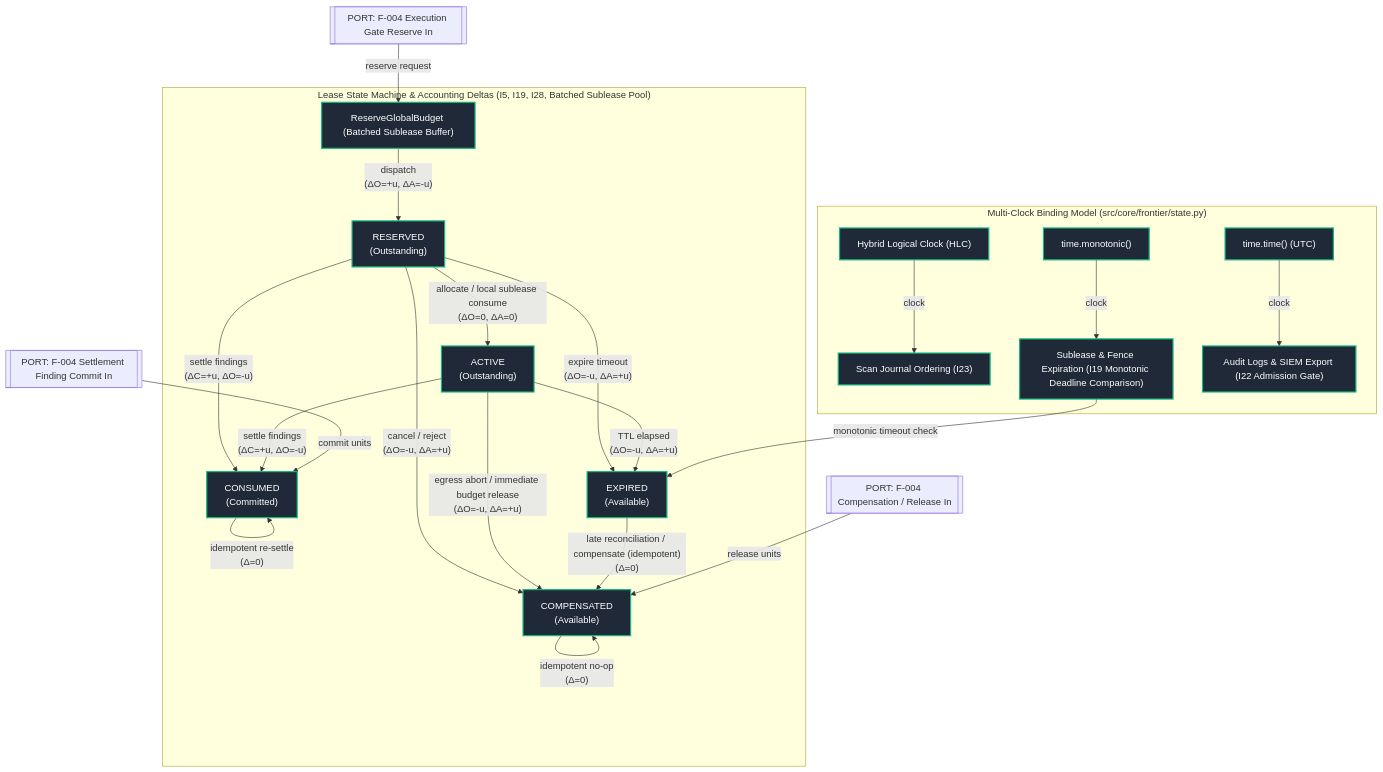
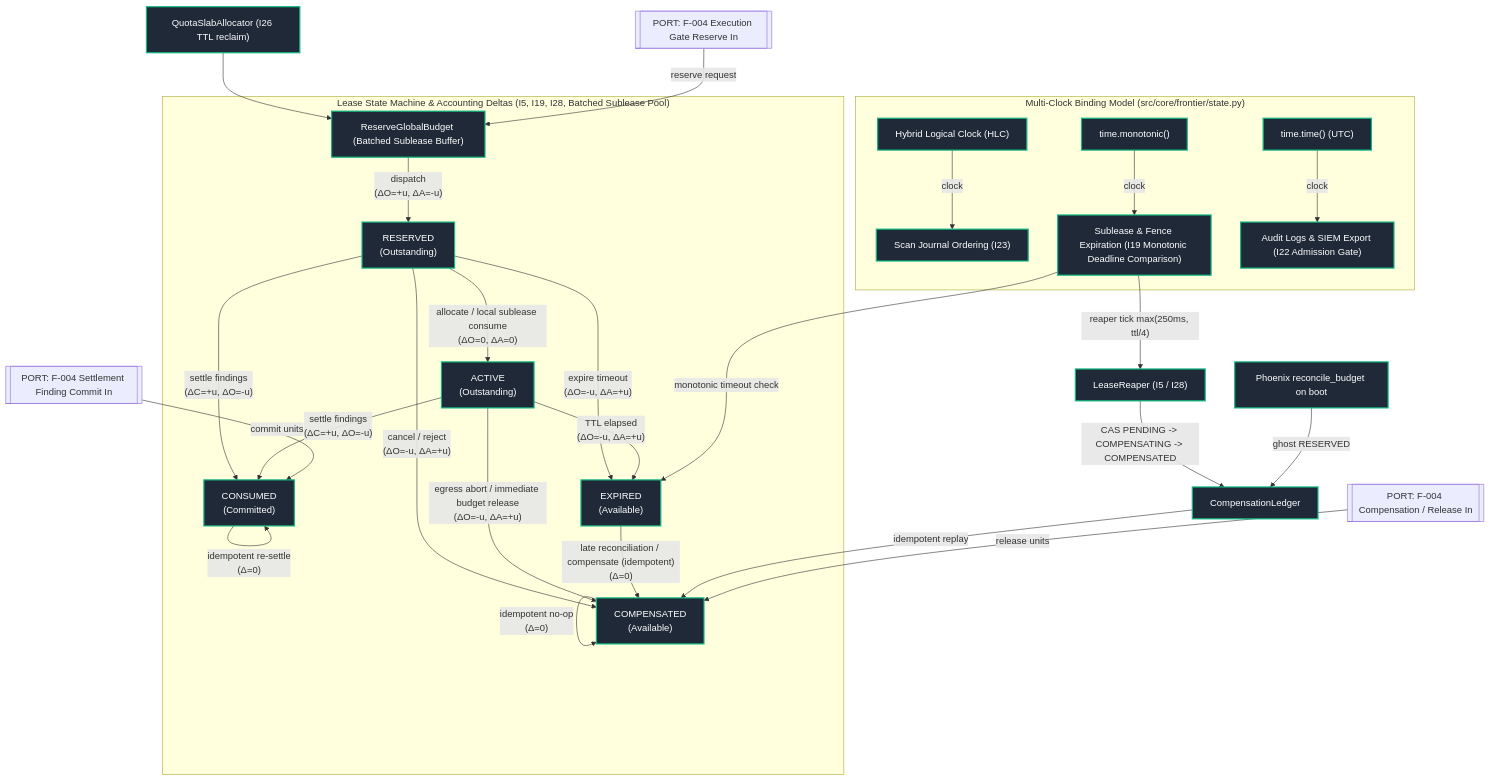
The seventh of 16 diagrams in docs/flowchart.md (AviralGup7/Singularity-Zero), drawn with Mermaid before and after one commit. The commit also changed other lines of this file, not shown here.

First line of the commit message:
docs(flowchart): sync atlas with implemented survival path

````diff
--- a/docs/flowchart.md
+++ b/docs/flowchart.md
@@ -794,40 +799,45 @@
 ```mermaid
 flowchart TD
     classDef impl fill:#1f2937,stroke:#10b981,stroke-width:2px,color:#fff;
     classDef singleNode fill:#1e293b,stroke:#0ea5e9,stroke-width:1px,stroke-dasharray:3 3,color:#fff;
     classDef library fill:#334155,stroke:#64748b,stroke-width:1px,color:#fff;
     classDef specOnly fill:#1e1b4b,stroke:#818cf8,stroke-width:1px,stroke-dasharray:4 4,color:#fff;
     classDef vacuous fill:#27272a,stroke:#71717a,stroke-width:1px,color:#a1a1aa;
     classDef forbidden fill:#450a0a,stroke:#ef4444,stroke-width:2px,color:#fca5a5;
 
     PORT_F004_RES_IN[["PORT: F-004 Execution Gate Reserve In"]]
     PORT_F004_COM_IN[["PORT: F-004 Settlement Finding Commit In"]]
     PORT_F004_REL_IN[["PORT: F-004 Compensation / Release In"]]
 
     subgraph ClockModel["Multi-Clock Binding Model (src/core/frontier/state.py)"]
         HLC["Hybrid Logical Clock (HLC)"]:::impl -->|"clock"| EventOrder["Scan Journal Ordering (I23)"]:::impl
         Mono["time.monotonic()"]:::impl -->|"clock"| LeaseTTL["Sublease & Fence Expiration (I19 Monotonic Deadline Comparison)"]:::impl
         Wall["time.time() (UTC)"]:::impl -->|"clock"| AuditTime["Audit Logs & SIEM Export (I22 Admission Gate)"]:::impl
     end
 
     subgraph LeaseFSM["Lease State Machine & Accounting Deltas (I5, I19, I28, Batched Sublease Pool)"]
         Reserve["ReserveGlobalBudget (Batched Sublease Buffer)"]:::impl -->|"dispatch<br/>(ΔO=+u, ΔA=-u)"| RESERVED["RESERVED<br/>(Outstanding)"]:::impl
         RESERVED -->|"allocate / local sublease consume<br/>(ΔO=0, ΔA=0)"| ACTIVE["ACTIVE<br/>(Outstanding)"]:::impl
         RESERVED -->|"settle findings<br/>(ΔC=+u, ΔO=-u)"| CONSUMED["CONSUMED<br/>(Committed)"]:::impl
         ACTIVE -->|"settle findings<br/>(ΔC=+u, ΔO=-u)"| CONSUMED
         
         RESERVED -->|"cancel / reject<br/>(ΔO=-u, ΔA=+u)"| COMPENSATED["COMPENSATED<br/>(Available)"]:::impl
         ACTIVE -->|"egress abort / immediate budget release<br/>(ΔO=-u, ΔA=+u)"| COMPENSATED
         RESERVED -->|"expire timeout<br/>(ΔO=-u, ΔA=+u)"| EXPIRED["EXPIRED<br/>(Available)"]:::impl
         ACTIVE -->|"TTL elapsed<br/>(ΔO=-u, ΔA=+u)"| EXPIRED
         
         EXPIRED -->|"late reconciliation / compensate (idempotent)<br/>(Δ=0)"| COMPENSATED
         CONSUMED -->|"idempotent re-settle<br/>(Δ=0)"| CONSUMED
         COMPENSATED -->|"idempotent no-op<br/>(Δ=0)"| COMPENSATED
     end
 
     LeaseTTL -->|"monotonic timeout check"| EXPIRED
+    LeaseTTL -->|"reaper tick max(250ms, ttl/4)"| Reaper["LeaseReaper (I5 / I28)"]:::impl
+    Reaper -->|"CAS PENDING -> COMPENSATING -> COMPENSATED"| Ledger["CompensationLedger"]:::impl
+    Ledger -->|"idempotent replay"| COMPENSATED
+    Phoenix["Phoenix reconcile_budget on boot"]:::impl -->|"ghost RESERVED"| Ledger
+    Slab["QuotaSlabAllocator (I26 TTL reclaim)"]:::impl --> Reserve
     PORT_F004_RES_IN -->|"reserve request"| Reserve
     PORT_F004_COM_IN -->|"commit units"| CONSUMED
     PORT_F004_REL_IN -->|"release units"| COMPENSATED
 ```
````
